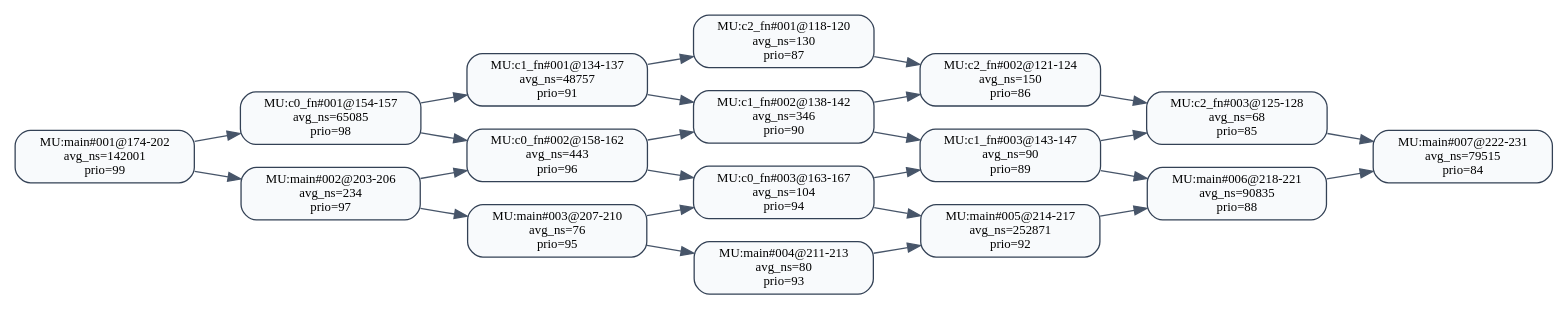
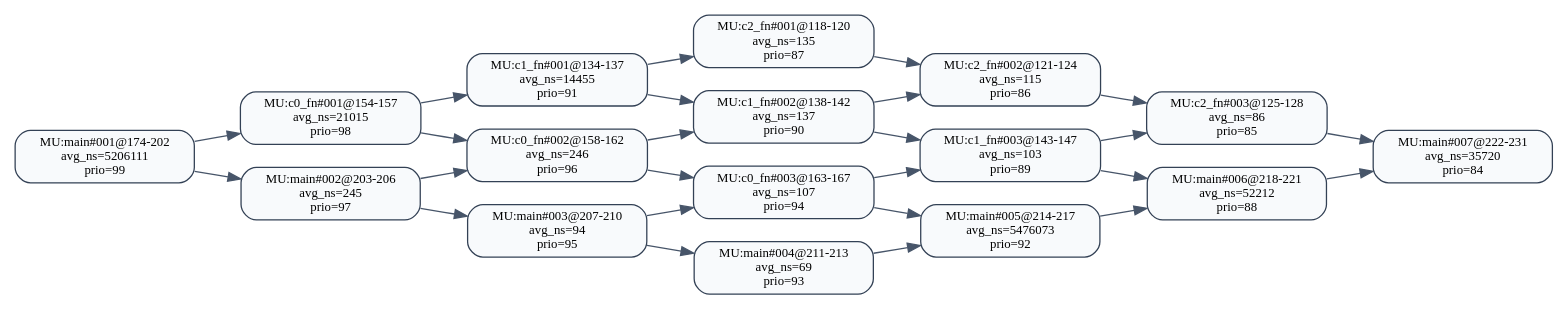
One commit to RTS-SYSU/DAG-Gen changed the diagram in 中间结果/zhang1/pipeline/validation/level2/effective_line_merge/lpf/dag_seg_annotated.dot. Above: the diagram before and after it, drawn with Graphviz. The commit also changed 2419 other files, not shown here.

```diff
--- a/中间结果/zhang1/pipeline/validation/level2/effective_line_merge/lpf/dag_seg_annotated.dot
+++ b/中间结果/zhang1/pipeline/validation/level2/effective_line_merge/lpf/dag_seg_annotated.dot
@@ -1,45 +1,45 @@
 digraph dag_seg_annotated {
   rankdir=LR;
   node [shape=box, style="rounded,filled", fillcolor="#F8FAFC", color="#334155", fontsize=10];
   edge [color="#475569"];
-  "MU:c0_fn#001@154-157" [label="MU:c0_fn#001@154-157\navg_ns=65085\nprio=98"];
-  "MU:c0_fn#002@158-162" [label="MU:c0_fn#002@158-162\navg_ns=443\nprio=96"];
-  "MU:c0_fn#003@163-167" [label="MU:c0_fn#003@163-167\navg_ns=104\nprio=94"];
-  "MU:c1_fn#001@134-137" [label="MU:c1_fn#001@134-137\navg_ns=48757\nprio=91"];
-  "MU:c1_fn#002@138-142" [label="MU:c1_fn#002@138-142\navg_ns=346\nprio=90"];
-  "MU:c1_fn#003@143-147" [label="MU:c1_fn#003@143-147\navg_ns=90\nprio=89"];
-  "MU:c2_fn#001@118-120" [label="MU:c2_fn#001@118-120\navg_ns=130\nprio=87"];
-  "MU:c2_fn#002@121-124" [label="MU:c2_fn#002@121-124\navg_ns=150\nprio=86"];
-  "MU:c2_fn#003@125-128" [label="MU:c2_fn#003@125-128\navg_ns=68\nprio=85"];
-  "MU:main#001@174-202" [label="MU:main#001@174-202\navg_ns=142001\nprio=99"];
-  "MU:main#002@203-206" [label="MU:main#002@203-206\navg_ns=234\nprio=97"];
-  "MU:main#003@207-210" [label="MU:main#003@207-210\navg_ns=76\nprio=95"];
-  "MU:main#004@211-213" [label="MU:main#004@211-213\navg_ns=80\nprio=93"];
-  "MU:main#005@214-217" [label="MU:main#005@214-217\navg_ns=252871\nprio=92"];
-  "MU:main#006@218-221" [label="MU:main#006@218-221\navg_ns=90835\nprio=88"];
-  "MU:main#007@222-231" [label="MU:main#007@222-231\navg_ns=79515\nprio=84"];
+  "MU:c0_fn#001@154-157" [label="MU:c0_fn#001@154-157\navg_ns=21015\nprio=98"];
+  "MU:c0_fn#002@158-162" [label="MU:c0_fn#002@158-162\navg_ns=246\nprio=96"];
+  "MU:c0_fn#003@163-167" [label="MU:c0_fn#003@163-167\navg_ns=107\nprio=94"];
+  "MU:c1_fn#001@134-137" [label="MU:c1_fn#001@134-137\navg_ns=14455\nprio=91"];
+  "MU:c1_fn#002@138-142" [label="MU:c1_fn#002@138-142\navg_ns=137\nprio=90"];
+  "MU:c1_fn#003@143-147" [label="MU:c1_fn#003@143-147\navg_ns=103\nprio=89"];
+  "MU:c2_fn#001@118-120" [label="MU:c2_fn#001@118-120\navg_ns=135\nprio=87"];
+  "MU:c2_fn#002@121-124" [label="MU:c2_fn#002@121-124\navg_ns=115\nprio=86"];
+  "MU:c2_fn#003@125-128" [label="MU:c2_fn#003@125-128\navg_ns=86\nprio=85"];
+  "MU:main#001@174-202" [label="MU:main#001@174-202\navg_ns=5206111\nprio=99"];
+  "MU:main#002@203-206" [label="MU:main#002@203-206\navg_ns=245\nprio=97"];
+  "MU:main#003@207-210" [label="MU:main#003@207-210\navg_ns=94\nprio=95"];
+  "MU:main#004@211-213" [label="MU:main#004@211-213\navg_ns=69\nprio=93"];
+  "MU:main#005@214-217" [label="MU:main#005@214-217\navg_ns=5476073\nprio=92"];
+  "MU:main#006@218-221" [label="MU:main#006@218-221\navg_ns=52212\nprio=88"];
+  "MU:main#007@222-231" [label="MU:main#007@222-231\navg_ns=35720\nprio=84"];
   "MU:c2_fn#001@118-120" -> "MU:c2_fn#002@121-124";
   "MU:c2_fn#002@121-124" -> "MU:c2_fn#003@125-128";
   "MU:c1_fn#001@134-137" -> "MU:c1_fn#002@138-142";
   "MU:c1_fn#002@138-142" -> "MU:c1_fn#003@143-147";
   "MU:c0_fn#001@154-157" -> "MU:c0_fn#002@158-162";
   "MU:c0_fn#002@158-162" -> "MU:c0_fn#003@163-167";
   "MU:main#001@174-202" -> "MU:main#002@203-206";
   "MU:main#002@203-206" -> "MU:main#003@207-210";
   "MU:main#003@207-210" -> "MU:main#004@211-213";
   "MU:main#004@211-213" -> "MU:main#005@214-217";
   "MU:main#005@214-217" -> "MU:main#006@218-221";
   "MU:main#006@218-221" -> "MU:main#007@222-231";
   "MU:c0_fn#001@154-157" -> "MU:c1_fn#001@134-137";
   "MU:c1_fn#001@134-137" -> "MU:c2_fn#001@118-120";
   "MU:main#001@174-202" -> "MU:c0_fn#001@154-157";
   "MU:c0_fn#003@163-167" -> "MU:main#005@214-217";
   "MU:c1_fn#003@143-147" -> "MU:main#006@218-221";
   "MU:c2_fn#003@125-128" -> "MU:main#007@222-231";
   "MU:c1_fn#002@138-142" -> "MU:c2_fn#002@121-124";
   "MU:c1_fn#003@143-147" -> "MU:c2_fn#003@125-128";
   "MU:c0_fn#002@158-162" -> "MU:c1_fn#002@138-142";
   "MU:c0_fn#003@163-167" -> "MU:c1_fn#003@143-147";
   "MU:main#002@203-206" -> "MU:c0_fn#002@158-162";
   "MU:main#003@207-210" -> "MU:c0_fn#003@163-167";
 }
```
